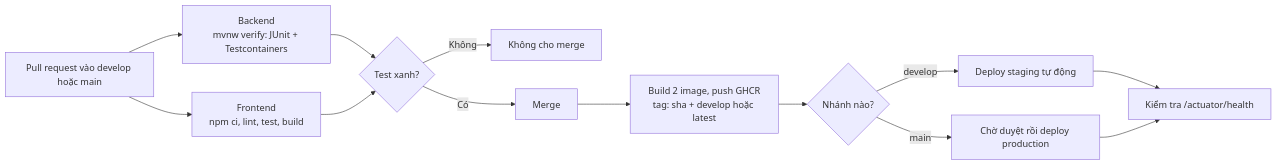
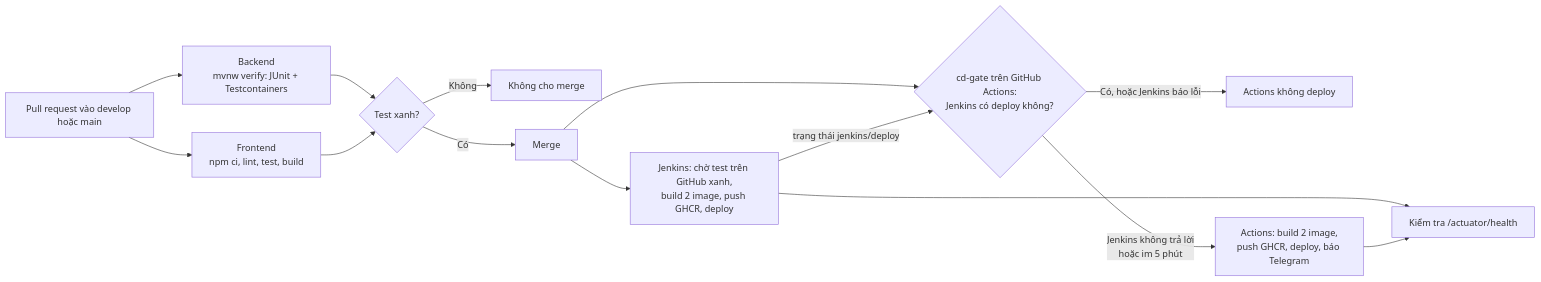
One commit to Anpham120/restaurant-management-system changed the second of 3 diagrams in docs-core/09-kien-truc-va-cicd.md. Above: the diagram before and after it, drawn with Mermaid. The commit also changed other lines of this file and 5 other files, not shown here.

First line of the commit message:
docs: hybrid CI/CD, Jenkins deploys and GitHub Actions takes over (P0-08)

````diff
--- a/docs-core/09-kien-truc-va-cicd.md
+++ b/docs-core/09-kien-truc-va-cicd.md
@@ -153,15 +158,16 @@
 ```mermaid
 flowchart LR
     A[Pull request vào develop hoặc main] --> B[Backend<br/>mvnw verify: JUnit + Testcontainers]
     A --> C[Frontend<br/>npm ci, lint, test, build]
     B --> D{Test xanh?}
     C --> D
     D -- Không --> X[Không cho merge]
     D -- Có --> M[Merge]
-    M --> F[Build 2 image, push GHCR<br/>tag: sha + develop hoặc latest]
-    F --> G{Nhánh nào?}
-    G -- develop --> S[Deploy staging tự động]
-    G -- main --> P[Chờ duyệt rồi deploy production]
-    S --> H[Kiểm tra /actuator/health]
-    P --> H
+    M --> J[Jenkins: chờ test trên GitHub xanh,<br/>build 2 image, push GHCR, deploy]
+    M --> Q{cd-gate trên GitHub Actions:<br/>Jenkins có deploy không?}
+    J -- trạng thái jenkins/deploy --> Q
+    Q -- Có, hoặc Jenkins báo lỗi --> K[Actions không deploy]
+    Q -- Jenkins không trả lời<br/>hoặc im 5 phút --> F[Actions: build 2 image,<br/>push GHCR, deploy, báo Telegram]
+    J --> H[Kiểm tra /actuator/health]
+    F --> H
 ```
````
